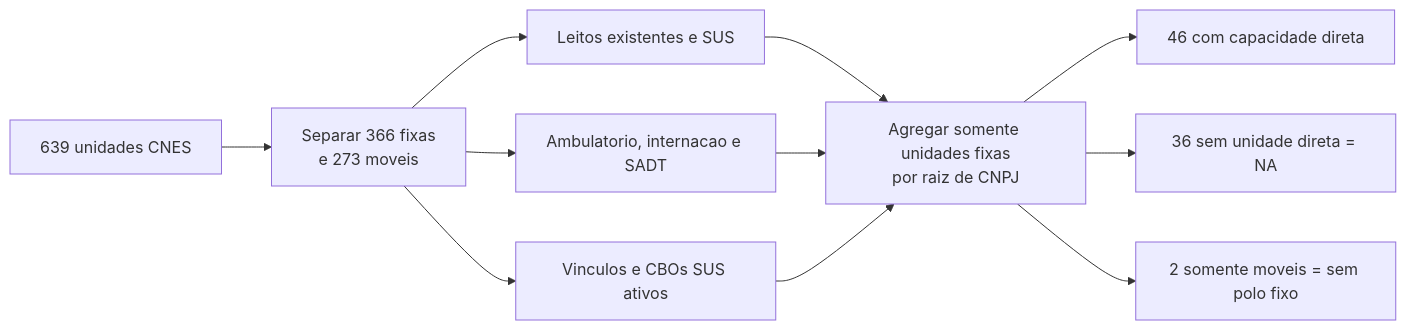
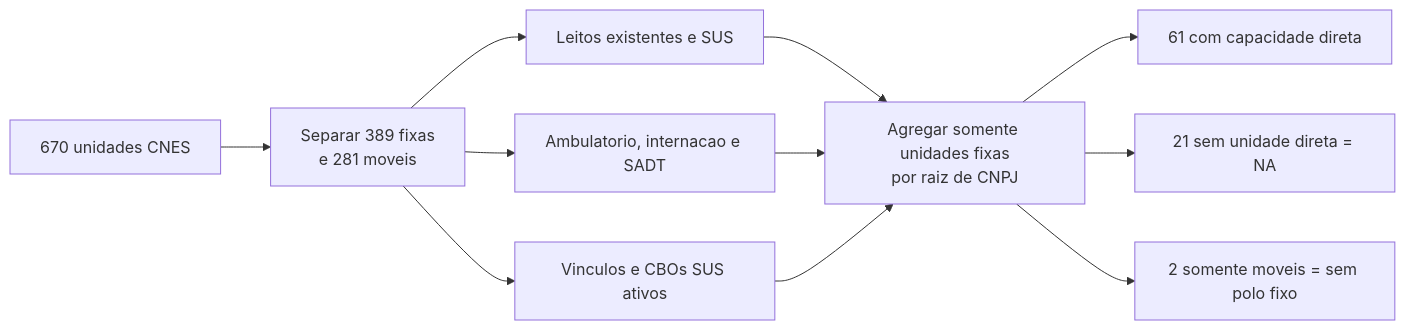
Before and after one commit to driano1221/consorcios-mg-dados-territorio: the fourth of 7 diagrams in analises/modelo_gravitacional_saude/METODOLOGIA_GERAL.md, drawn with Mermaid. The commit also changed other lines of this file and 21 other files, not shown here.

````diff
--- a/analises/modelo_gravitacional_saude/METODOLOGIA_GERAL.md
+++ b/analises/modelo_gravitacional_saude/METODOLOGIA_GERAL.md
@@ -308,13 +306,13 @@
 ```mermaid
 flowchart LR
-    A["639 unidades CNES"] --> B["Separar 366 fixas<br/>e 273 moveis"]
+    A["670 unidades CNES"] --> B["Separar 389 fixas<br/>e 281 moveis"]
     B --> C["Leitos existentes e SUS"]
     B --> D["Ambulatorio, internacao e SADT"]
     B --> E["Vinculos e CBOs SUS ativos"]
     C --> F["Agregar somente unidades fixas<br/>por raiz de CNPJ"]
     D --> F
     E --> F
-    F --> G["46 com capacidade direta"]
-    F --> H["36 sem unidade direta = NA"]
+    F --> G["61 com capacidade direta"]
+    F --> H["21 sem unidade direta = NA"]
     F --> I["2 somente moveis = sem polo fixo"]
 ```
````
